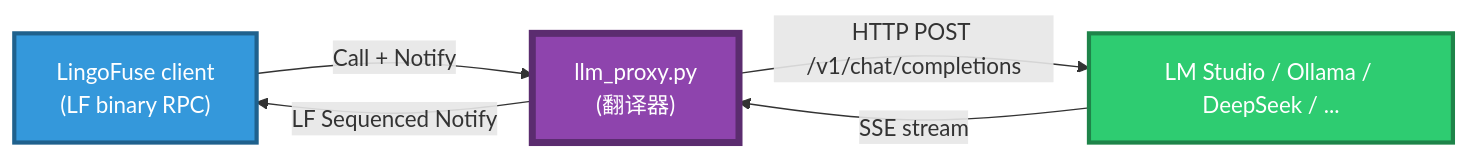
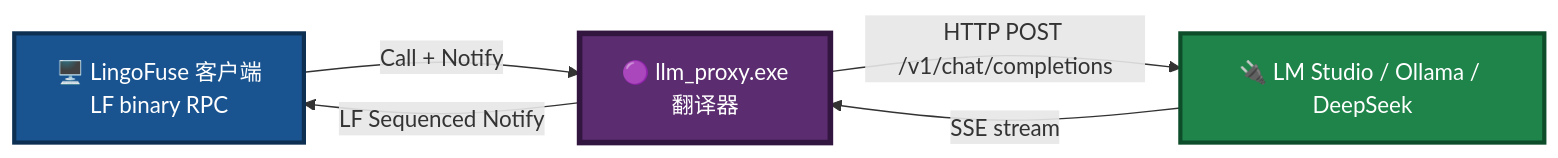
The fifth of 6 diagrams in src/llm-service/LingoFuse_LLM_Pitfalls_For_AI.md (PassByYou888/LingoFuse-pasAgent), drawn with Mermaid before and after one commit. The commit also changed other lines of this file, not shown here.

````diff
--- a/src/llm-service/LingoFuse_LLM_Pitfalls_For_AI.md
+++ b/src/llm-service/LingoFuse_LLM_Pitfalls_For_AI.md
@@ -1374,11 +1383,11 @@
 ```mermaid
 flowchart LR
-    LFC["LingoFuse client<br/>(LF binary RPC)"] -->|"Call + Notify"| Proxy["llm_proxy.py<br/>(翻译器)"]
-    Proxy -->|"HTTP POST /v1/chat/completions"| Backend["LM Studio / Ollama / DeepSeek / ..."]
+    LFC["🖥️ LingoFuse 客户端<br/>LF binary RPC"] -->|"Call + Notify"| Proxy["🟣 llm_proxy.exe<br/>翻译器"]
+    Proxy -->|"HTTP POST /v1/chat/completions"| Backend["🔌 LM Studio / Ollama / DeepSeek"]
     Backend -->|"SSE stream"| Proxy
     Proxy -->|"LF Sequenced Notify"| LFC
 
-    style Proxy fill:#8E44AD,stroke:#5B2C6F,stroke-width:5px,color:#FFFFFF
-    style LFC fill:#3498DB,stroke:#1F618D,stroke-width:3px,color:#FFFFFF
-    style Backend fill:#2ECC71,stroke:#1E8449,stroke-width:3px,color:#FFFFFF
+    style Proxy fill:#5B2C6F,stroke:#321640,stroke-width:4px,color:#FFFFFF
+    style LFC fill:#1A5490,stroke:#0D2F52,stroke-width:3px,color:#FFFFFF
+    style Backend fill:#1E8449,stroke:#0E4D2A,stroke-width:3px,color:#FFFFFF
 ```
````
